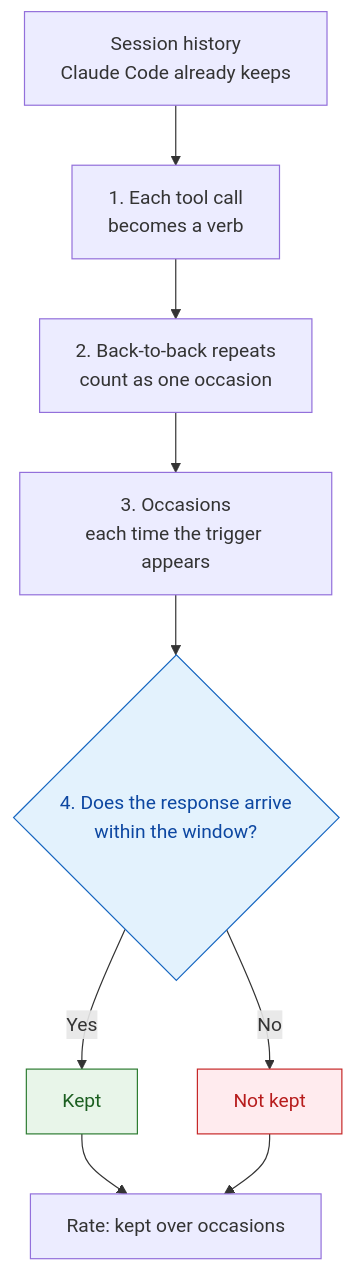
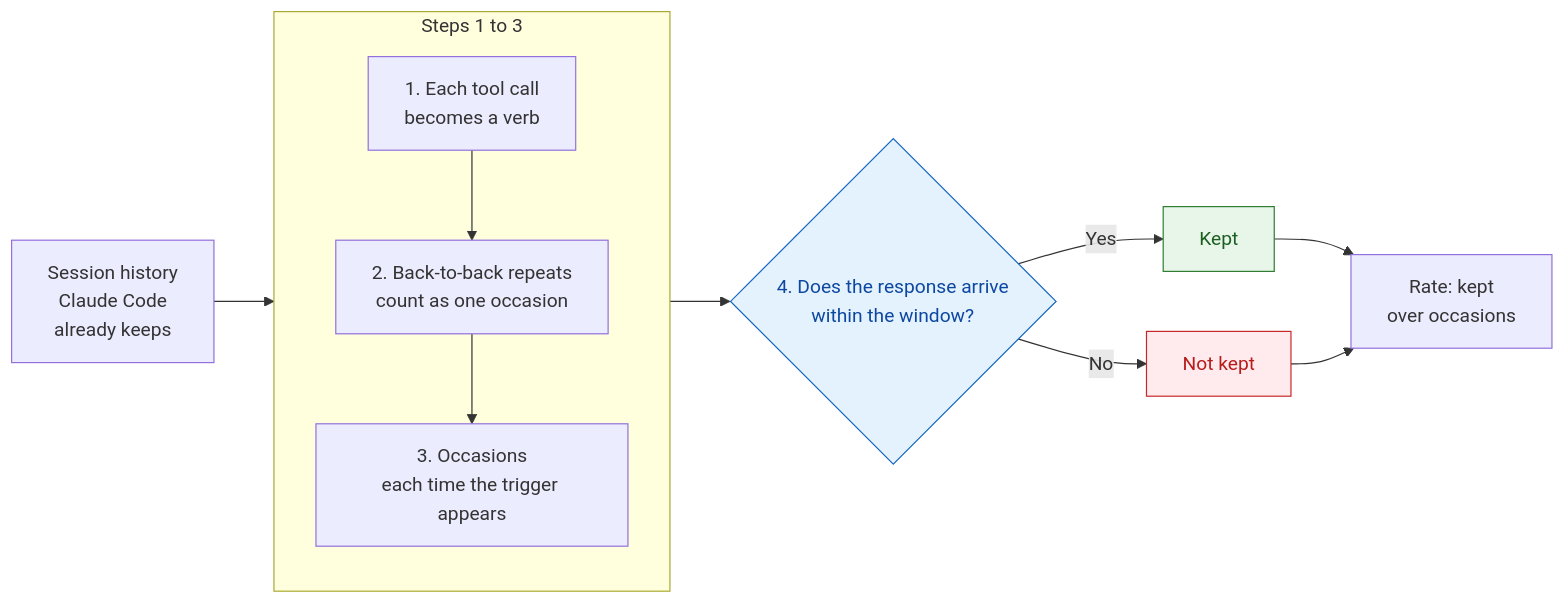
The diagram in README.en.md (jleonceo/skill-adherencia-reglas), drawn with Mermaid before and after one commit. The commit also changed 1 other file, not shown here.

Commit message:
Esquema: pasa a horizontal para que ocupe menos de una pantalla
Iba de arriba abajo y ocupaba más de 1.000 píxeles de alto. Ahora va de
izquierda a derecha, con los pasos agrupados en columnas. El contenido de
las cajas es el mismo.

````diff
--- a/README.en.md
+++ b/README.en.md
@@ -23,13 +23,16 @@
 ```mermaid
-flowchart TD
-    H[Session history<br/>Claude Code already keeps] --> V[1. Each tool call<br/>becomes a verb]
-    V --> C[2. Back-to-back repeats<br/>count as one occasion]
-    C --> O[3. Occasions<br/>each time the trigger appears]
-    O --> W{4. Does the response arrive<br/>within the window?}
+flowchart LR
+    H[Session history<br/>Claude Code<br/>already keeps] --> S1
+    subgraph S1[Steps 1 to 3]
+        direction TB
+        V[1. Each tool call<br/>becomes a verb] --> C[2. Back-to-back repeats<br/>count as one occasion]
+        C --> O[3. Occasions<br/>each time the trigger appears]
+    end
+    S1 --> W{4. Does the response arrive<br/>within the window?}
     W -->|Yes| CU[Kept]
     W -->|No| IN[Not kept]
-    CU & IN --> T[Rate: kept over occasions]
+    CU & IN --> T[Rate: kept<br/>over occasions]
     style W fill:#e3f2fd,stroke:#1565c0,color:#0d47a1
     style CU fill:#e8f5e9,stroke:#2e7d32,color:#1b5e20
     style IN fill:#ffebee,stroke:#c62828,color:#b71c1c
 ```
````
